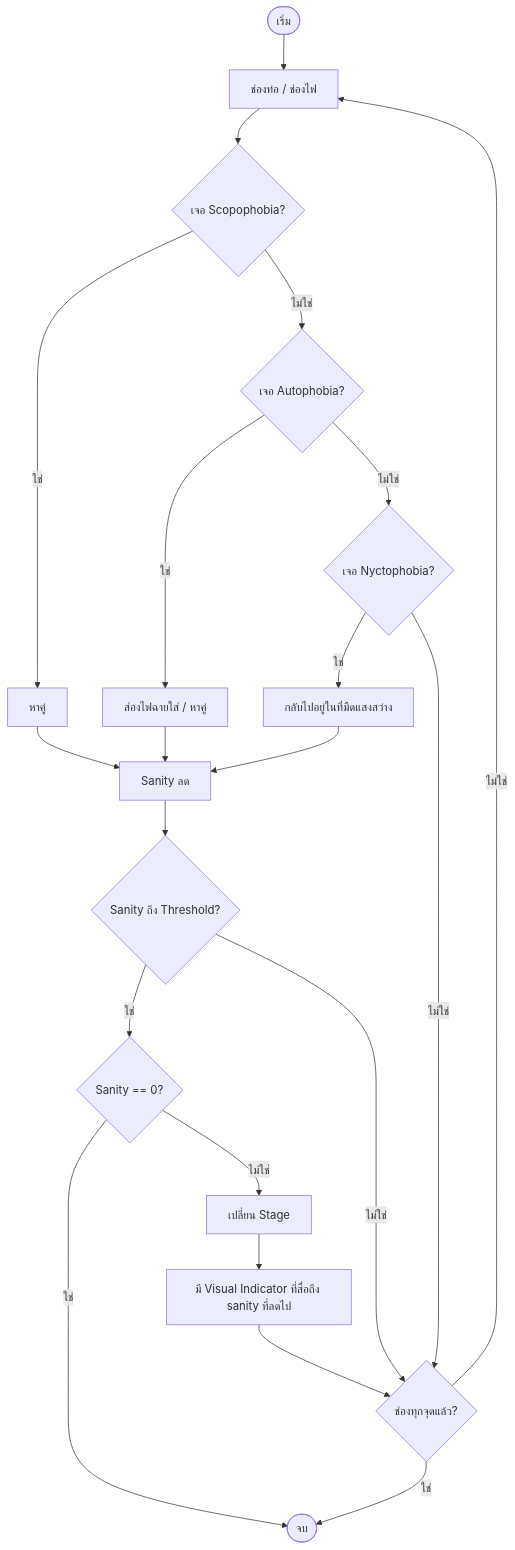
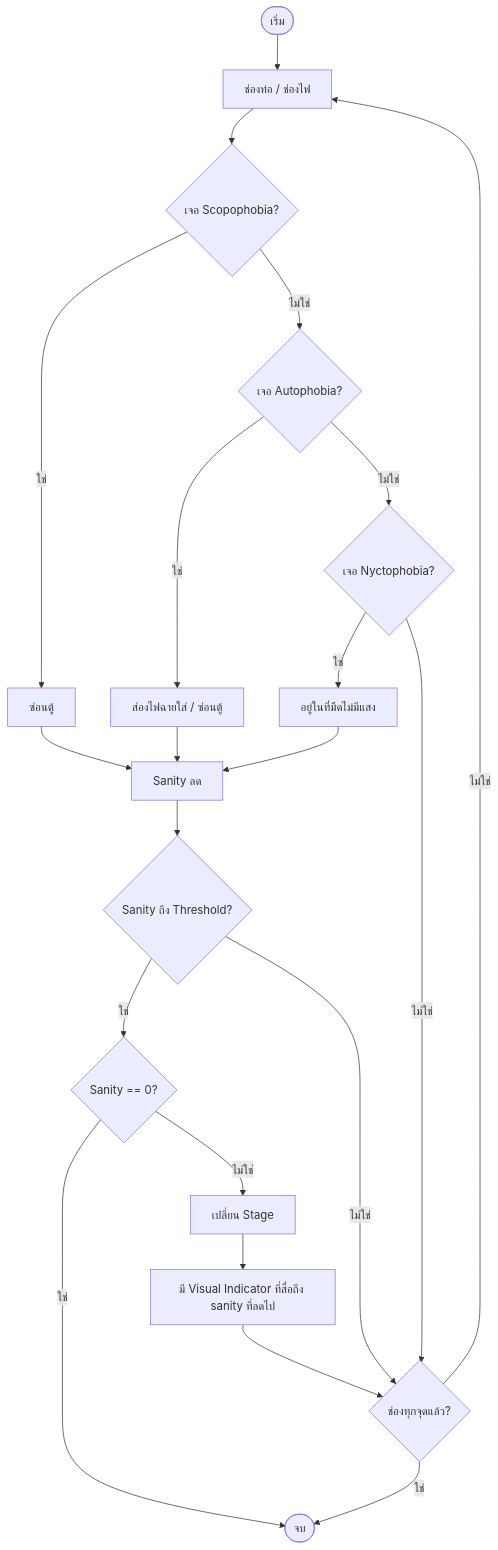
One commit to Sambopukkazz/DG225_CoreX changed the third of 3 diagrams in docs/01_GDD/01-core-loop.md. Above: the diagram before and after it, drawn with Mermaid. The commit also changed other lines of this file and 26 other files, not shown here.

````diff
--- a/docs/01_GDD/01-core-loop.md
+++ b/docs/01_GDD/01-core-loop.md
@@ -62,23 +61,23 @@
 ```mermaid
 flowchart TD
     Start([เริ่ม]) --> Fix[ช่องท่อ / ช่องไฟ]
     Fix --> Scopo{เจอ Scopophobia?}
-    Scopo -->|ใช่| ScopoY[หาคู่]
+    Scopo -->|ใช่| ScopoY[ซ่อนตู้]
     Scopo -->|ไม่ใช่| Auto{เจอ Autophobia?}
-    Auto -->|ใช่| AutoY[ส่องไฟฉายใส่ / หาคู่]
+    Auto -->|ใช่| AutoY[ส่องไฟฉายใส่ / ซ่อนตู้]
     Auto -->|ไม่ใช่| Nycto{เจอ Nyctophobia?}
-    Nycto -->|ใช่| NyctoY[กลับไปอยู่ในที่มืดแสงสว่าง]
+    Nycto -->|ใช่| NyctoY[อยู่ในที่มืดไม่มีแสง]
     Nycto -->|ไม่ใช่| AllFixed{ช่องทุกจุดแล้ว?}
     ScopoY --> SanityDrop[Sanity ลด]
     AutoY --> SanityDrop
     NyctoY --> SanityDrop
     SanityDrop --> Thresh{Sanity ถึง Threshold?}
     Thresh -->|ใช่| Zero{Sanity == 0?}
     Zero -->|ใช่| End([จบ])
     Zero -->|ไม่ใช่| Stage[เปลี่ยน Stage]
     Stage --> Indicator[มี Visual Indicator ที่สื่อถึง sanity ที่ลดไป]
     Indicator --> AllFixed
     Thresh -->|ไม่ใช่| AllFixed
     AllFixed -->|ใช่| End
     AllFixed -->|ไม่ใช่| Fix
 ```
````
